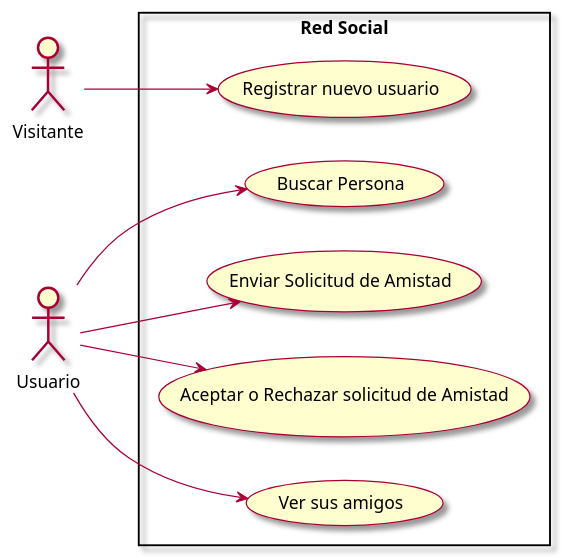
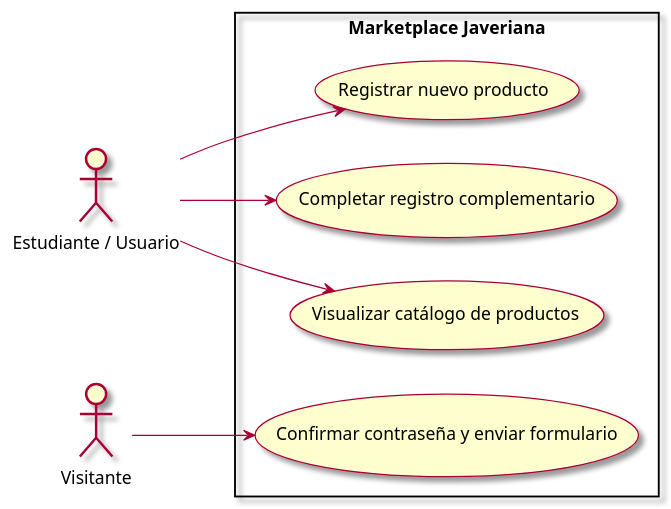
One commit to 2005-jjbs/Ejercicio_Aplicacion changed the diagram in docs/casos-de-uso.md. Above: the diagram before and after it, drawn with PlantUML. The commit also changed other lines of this file, not shown here.

Commit message:
Revise use cases and UML for Marketplace Javeriana
Updated use cases and UML diagram for user interactions.

````diff
--- a/docs/casos-de-uso.md
+++ b/docs/casos-de-uso.md
@@ -5,20 +5,19 @@
 ```plantuml
 @startuml
 left to right direction
 skin rose
 
+actor "Estudiante / Usuario" as Usuario
 actor Visitante
-actor Usuario 
 
-rectangle "Red Social" {
+rectangle "Marketplace Javeriana" {
 
-    Visitante --> (Registrar nuevo usuario)
+    Visitante --> (Confirmar contraseña y enviar formulario)
 
-    Usuario --> (Buscar Persona)
-    Usuario --> (Enviar Solicitud de Amistad)
-    Usuario --> (Aceptar o Rechazar solicitud de Amistad)
-    Usuario --> (Ver sus amigos)
+    Usuario --> (Completar registro complementario)
+    Usuario --> (Visualizar catálogo de productos)
+    Usuario --> (Registrar nuevo producto)
 
 }
 @enduml
 ```
````
